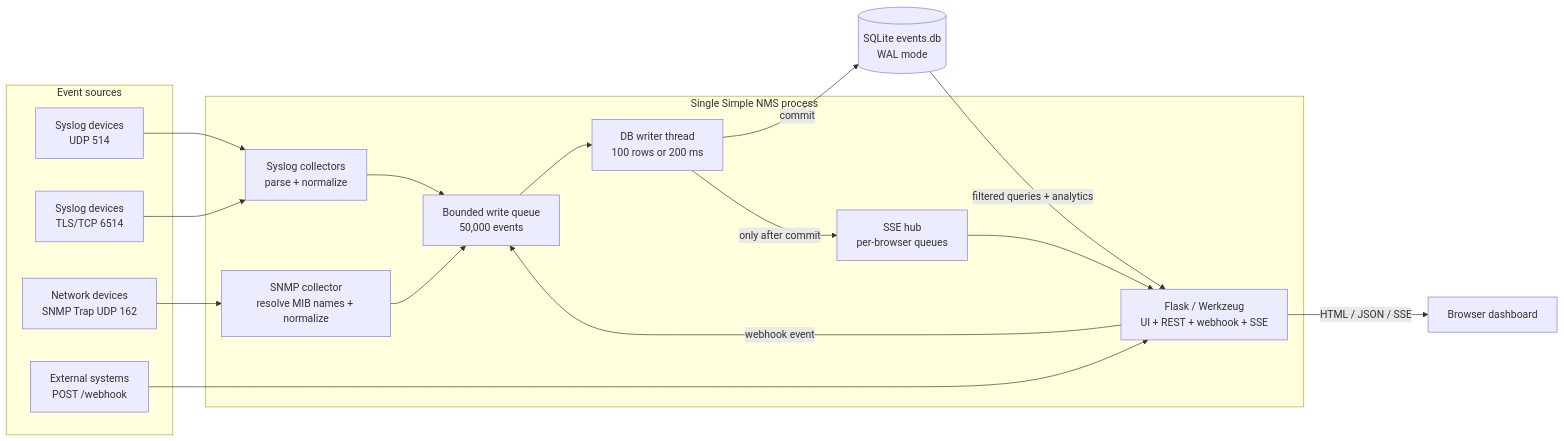
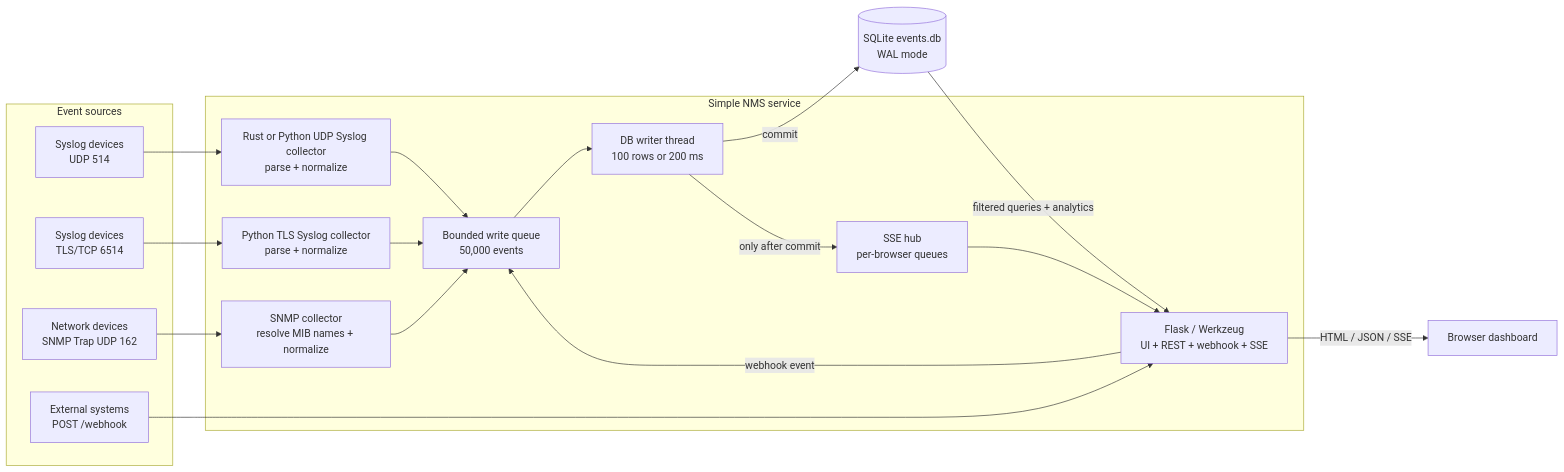
Before and after one commit to echoapus/simple-nms: the diagram in README.md, drawn with Mermaid. The commit also changed other lines of this file and 16 other files, not shown here.

Commit message:
Add selectable Rust syslog collector

````diff
--- a/README.md
+++ b/README.md
@@ -83,35 +83,37 @@
 ```mermaid
 flowchart LR
     subgraph Sources[Event sources]
         UDP[Syslog devices<br/>UDP 514]
         TLS[Syslog devices<br/>TLS/TCP 6514]
         SNMP[Network devices<br/>SNMP Trap UDP 162]
         HOOK[External systems<br/>POST /webhook]
     end
 
-    subgraph NMS[Single Simple NMS process]
-        SC[Syslog collectors<br/>parse + normalize]
+    subgraph NMS[Simple NMS service]
+        SC[Rust or Python UDP Syslog collector<br/>parse + normalize]
+        TC[Python TLS Syslog collector<br/>parse + normalize]
         NC[SNMP collector<br/>resolve MIB names + normalize]
         WEB[Flask / Werkzeug<br/>UI + REST + webhook + SSE]
         Q[Bounded write queue<br/>50,000 events]
         WRITER[DB writer thread<br/>100 rows or 200 ms]
         HUB[SSE hub<br/>per-browser queues]
     end
 
     DB[(SQLite events.db<br/>WAL mode)]
     BROWSER[Browser dashboard]
 
     UDP --> SC
-    TLS --> SC
+    TLS --> TC
     SNMP --> NC
     HOOK --> WEB
     SC --> Q
+    TC --> Q
     NC --> Q
     WEB -->|webhook event| Q
     Q --> WRITER
     WRITER -->|commit| DB
     WRITER -->|only after commit| HUB
     DB -->|filtered queries + analytics| WEB
     HUB --> WEB
     WEB -->|HTML / JSON / SSE| BROWSER
 ```
````
